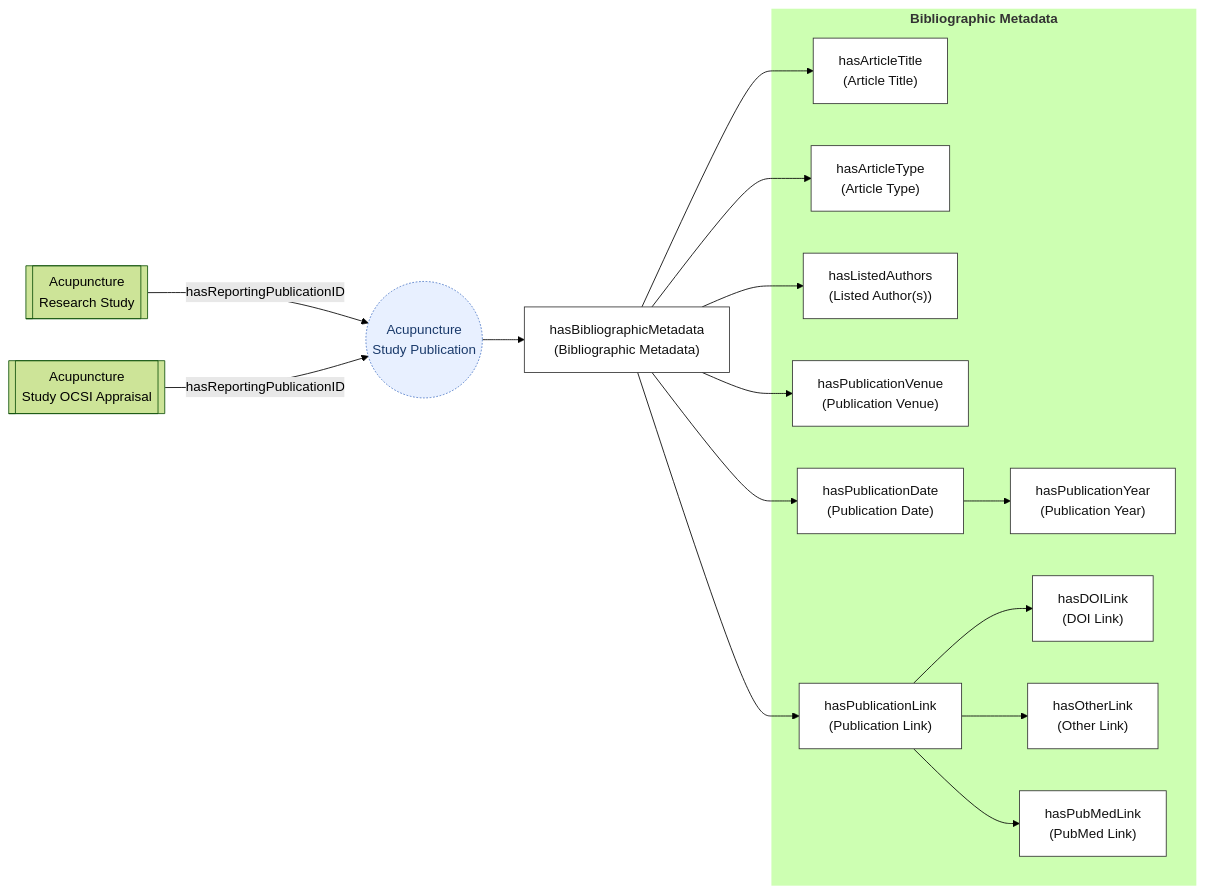
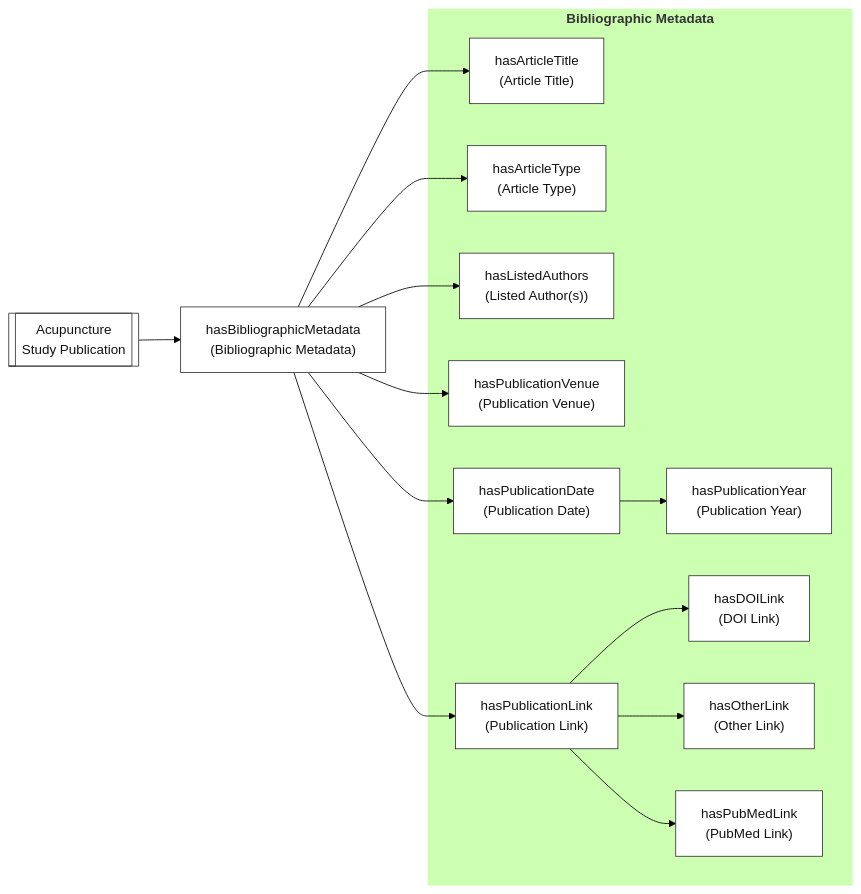
Before and after one commit to smtifahim/TARA-Ontology-Repository: the third of 6 diagrams in ontology-files/base/articles-kb/articles-kb-core/README.md, drawn with Mermaid (forest theme). The commit also changed other lines of this file, not shown here.

````diff
--- a/ontology-files/base/articles-kb/articles-kb-core/README.md
+++ b/ontology-files/base/articles-kb/articles-kb-core/README.md
@@ -88,39 +74,36 @@
 ```mermaid
 flowchart LR
     classDef group fill:#eee,stroke:#999,stroke-dasharray: 3 3,color:#555
     classDef field fill:#ffffff,stroke:#333,color:#111
     classDef linked fill:#e8f0ff,stroke:#4472c4,stroke-dasharray: 2 2,color:#1a3a6b
     style BIB_FIELDS stroke:none
 
-    PUB(("Acupuncture<br/>Study Publication")):::field
+    PUB[["Acupuncture<br>Study Publication"]]:::field
     BIB["hasBibliographicMetadata<br/>(Bibliographic Metadata)"]:::field
 
     subgraph BIB_FIELDS ["<b>Bibliographic Metadata</b>"]
         TITLE["hasArticleTitle<br/>(Article Title)"]:::field
         ATYPE["hasArticleType<br/>(Article Type)"]:::field
         AUTH["hasListedAuthors<br/>(Listed Author(s))"]:::field
         PVENUE["hasPublicationVenue<br/>(Publication Venue)"]:::field
         PDATE["hasPublicationDate<br/>(Publication Date)"]:::field
         LINK["hasPublicationLink<br/>(Publication Link)"]:::field
-        
+    
         PYEAR["hasPublicationYear<br/>(Publication Year)"]:::field
         DOI["hasDOILink<br/>(DOI Link)"]:::field
         OTHER["hasOtherLink<br/>(Other Link)"]:::field
         PUBMED["hasPubMedLink<br/>(PubMed Link)"]:::field
     end
 
     PUB --> BIB
     BIB --> ATYPE
     BIB --> TITLE
     BIB --> AUTH
     BIB --> PDATE --> PYEAR
     BIB --> PVENUE
 
     BIB --> LINK
             LINK --> DOI
             LINK --> OTHER
             LINK --> PUBMED
-    
-    STUDY_EXT[["Acupuncture<br/>Research Study"]] -- hasReportingPublicationID --> PUB:::linked
-    OCSI_EXT[["Acupuncture<br/>Study OCSI Appraisal"]] -- hasReportingPublicationID --> PUB:::linked
 ```
````
